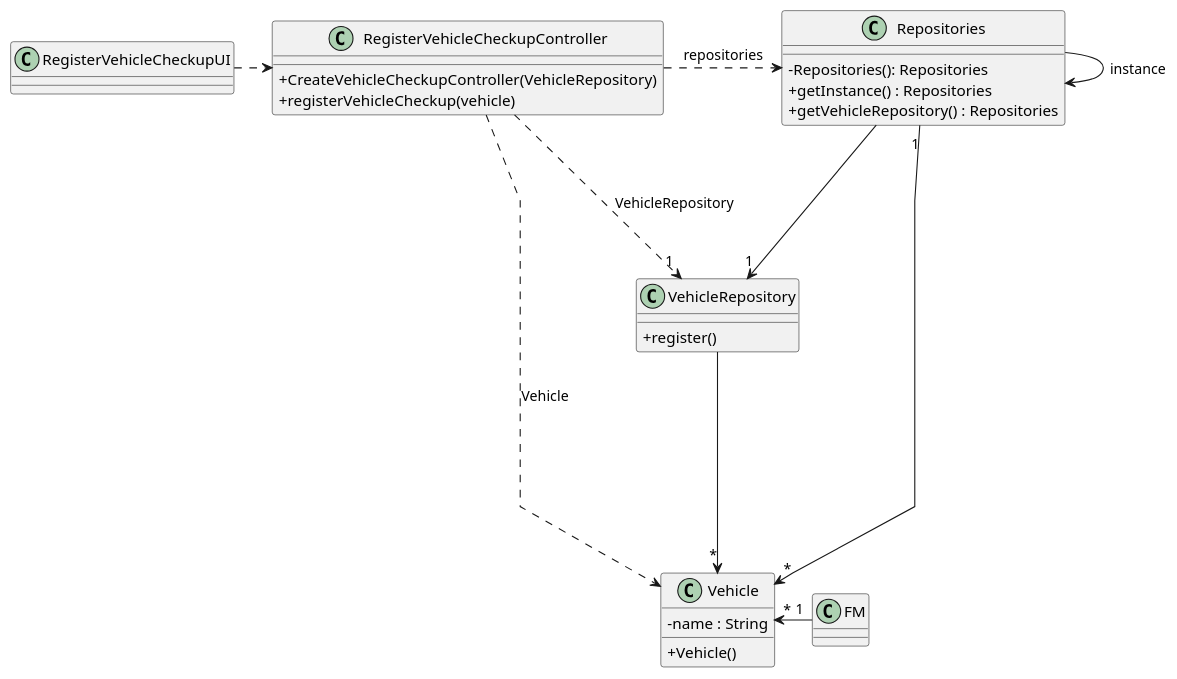
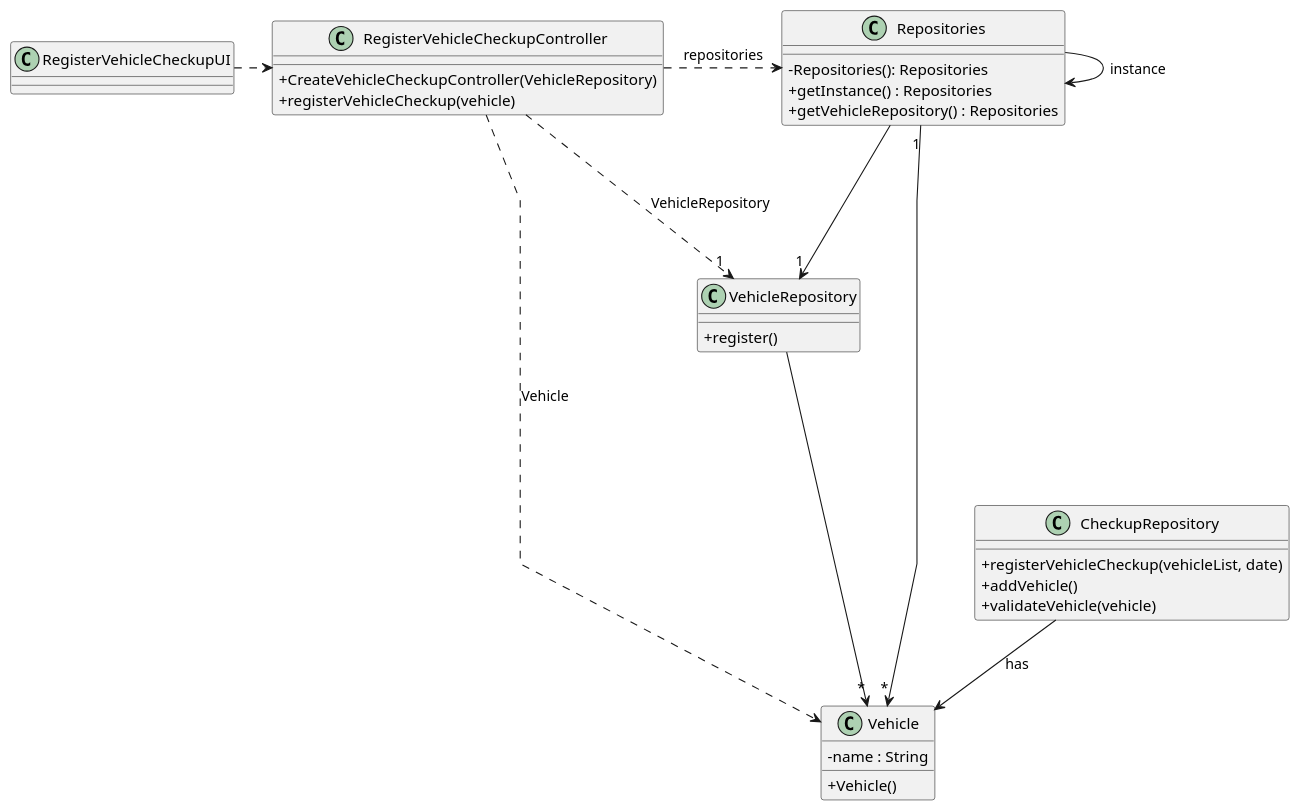
Before and after one commit to Departamento-de-Engenharia-Informatica/lei-24-s2-1dkl-g134: the diagram in docs/sprintB/us007/03.design/puml/us007-class-diagram.puml, drawn with PlantUML. The commit also changed 3 other files, not shown here.

```diff
--- a/docs/sprintB/us007/03.design/puml/us007-class-diagram.puml
+++ b/docs/sprintB/us007/03.design/puml/us007-class-diagram.puml
@@ -1,51 +1,55 @@
 @startuml
 'skinparam monochrome true
 skinparam packageStyle rectangle
 skinparam shadowing false
 skinparam linetype polyline
 'skinparam linetype orto
 
 skinparam classAttributeIconSize 0
 
 'left to right direction
 
 class RegisterVehicleCheckupUI{
 }
 
 
 class RegisterVehicleCheckupController{
    +CreateVehicleCheckupController(VehicleRepository)
    +registerVehicleCheckup(vehicle)
  }
 
 class Repositories {
     - Repositories(): Repositories
     + getInstance() : Repositories
     + getVehicleRepository() : Repositories
 }
 
 
 class VehicleRepository {
     + register()
 }
 
+class CheckupRepository{
+    + registerVehicleCheckup(vehicleList, date)
+    + addVehicle()
+    + validateVehicle(vehicle)
+    }
+
 class  Vehicle{
     -name : String
     +Vehicle()
 }
 
-class FM{
-}
+
 
 RegisterVehicleCheckupUI .>  RegisterVehicleCheckupController
  RegisterVehicleCheckupController ...r> Repositories : repositories
 Repositories ---> "1" VehicleRepository
 Repositories -> Repositories : instance
 Repositories "1" --> "*" Vehicle
 
 VehicleRepository --> "*" Vehicle
-FM "1" -l-> "*" Vehicle
  RegisterVehicleCheckupController ......>  Vehicle : Vehicle
  RegisterVehicleCheckupController ...> "1" VehicleRepository : VehicleRepository
-
+CheckupRepository --> Vehicle : has
 @enduml
```
